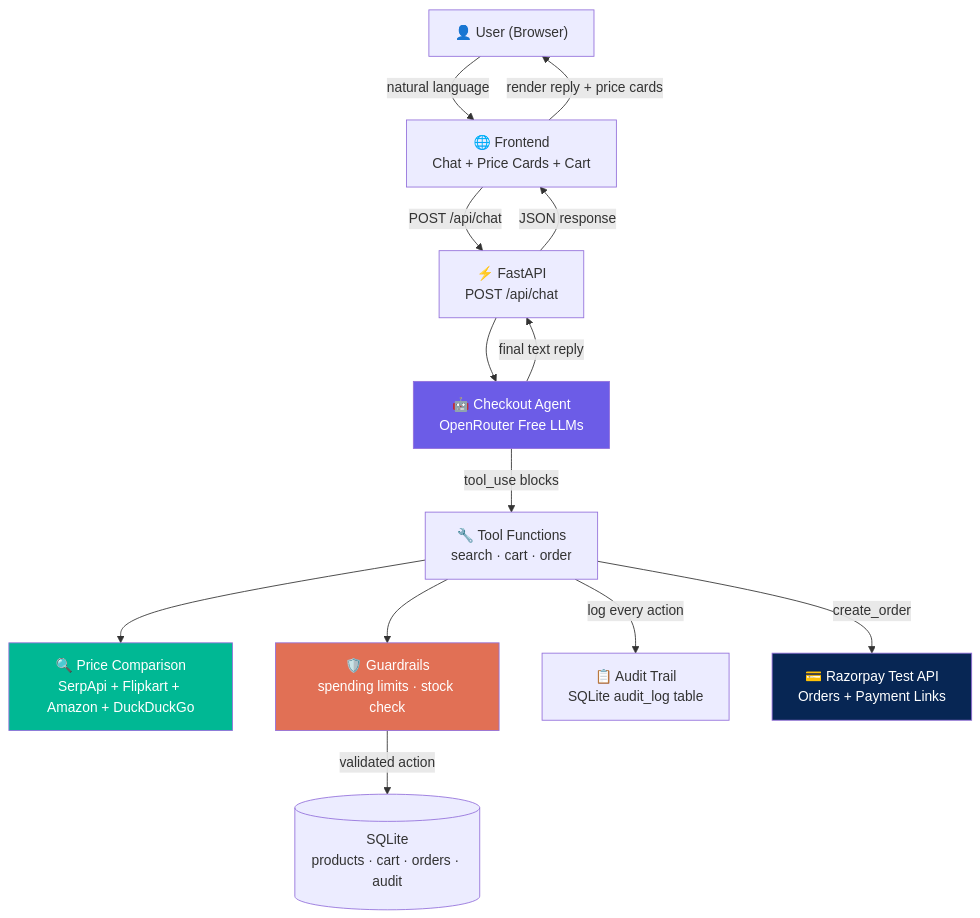
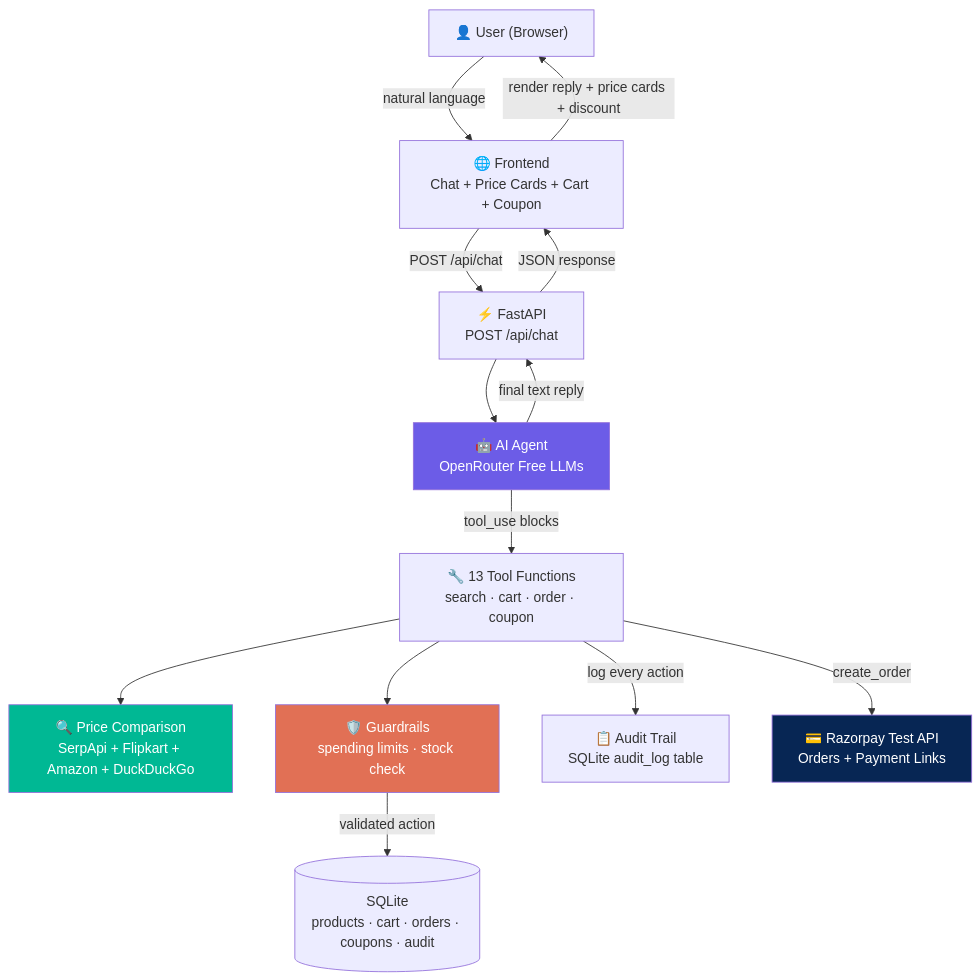
The diagram in README.md (dreamerstreamer45-code/merchant-agent), drawn with Mermaid before and after one commit. The commit also changed other lines of this file, not shown here.

````diff
--- a/README.md
+++ b/README.md
@@ -21,31 +21,31 @@
 ```mermaid
 flowchart TB
     User["👤 User (Browser)"]
-    UI["🌐 Frontend\nChat + Price Cards + Cart"]
+    UI["🌐 Frontend\nChat + Price Cards + Cart + Coupon"]
     API["⚡ FastAPI\nPOST /api/chat"]
-    Agent["🤖 Checkout Agent\nOpenRouter Free LLMs"]
-    Tools["🔧 Tool Functions\nsearch · cart · order"]
+    Agent["🤖 AI Agent\nOpenRouter Free LLMs"]
+    Tools["🔧 13 Tool Functions\nsearch · cart · order · coupon"]
     Search["🔍 Price Comparison\nSerpApi + Flipkart + Amazon + DuckDuckGo"]
     Guard["🛡️ Guardrails\nspending limits · stock check"]
     Audit["📋 Audit Trail\nSQLite audit_log table"]
     Razorpay["💳 Razorpay Test API\nOrders + Payment Links"]
-    DB[(SQLite\nproducts · cart · orders · audit)]
+    DB[(SQLite\nproducts · cart · orders · coupons · audit)]
 
     User -->|"natural language"| UI
     UI -->|"POST /api/chat"| API
     API --> Agent
     Agent -->|"tool_use blocks"| Tools
     Tools --> Search
     Tools --> Guard
     Guard -->|"validated action"| DB
     Tools -->|"create_order"| Razorpay
     Tools -->|"log every action"| Audit
     Agent -->|"final text reply"| API
     API -->|"JSON response"| UI
-    UI -->|"render reply + price cards"| User
+    UI -->|"render reply + price cards + discount"| User
 
     style Agent fill:#6c5ce7,color:#fff
     style Search fill:#00b894,color:#fff
     style Guard fill:#e17055,color:#fff
     style Razorpay fill:#072654,color:#fff
 ```
````
